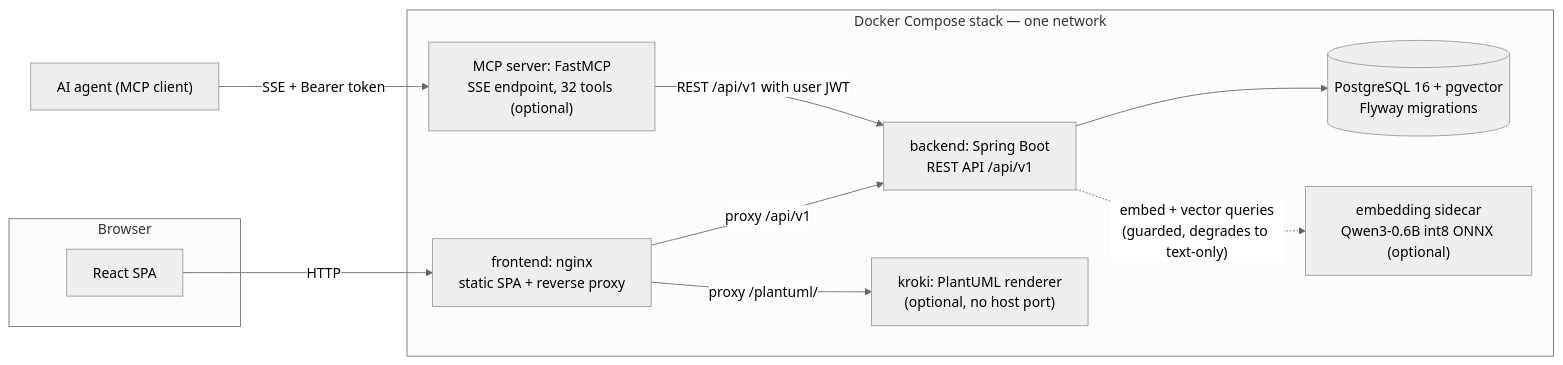
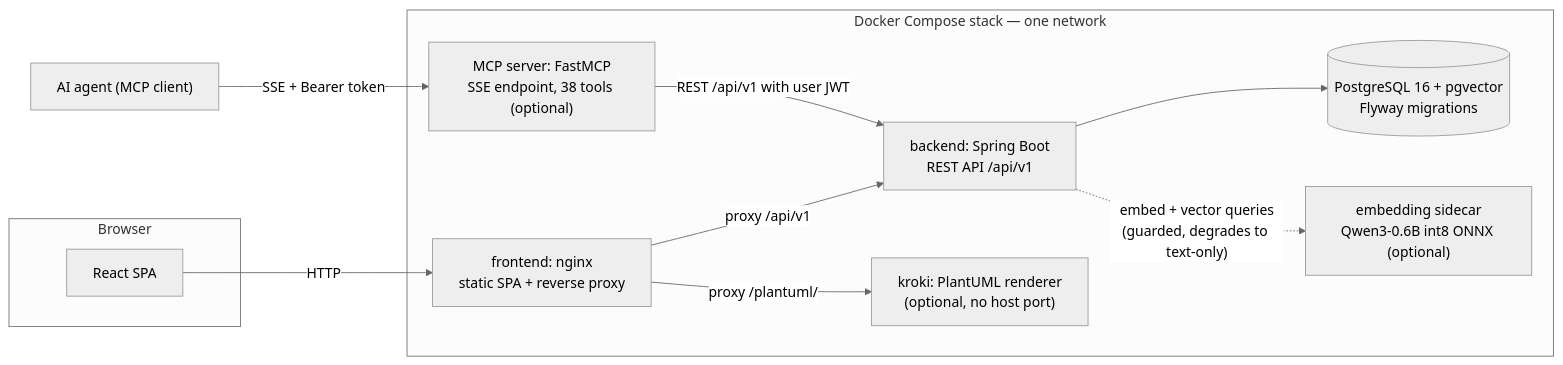
The diagram in README.md (KEEPEE/wiki4ai), drawn with Mermaid (neutral theme) before and after one commit. The commit also changed other lines of this file and 6 other files, not shown here.

````diff
--- a/README.md
+++ b/README.md
@@ -62,25 +84,25 @@
 ```mermaid
 flowchart LR
     subgraph Browser["Browser"]
         UI["React SPA"]
     end
 
     subgraph Stack["Docker Compose stack — one network"]
         NGINX["frontend: nginx<br/>static SPA + reverse proxy"]
         BACKEND["backend: Spring Boot<br/>REST API /api/v1"]
         DB[("PostgreSQL 16 + pgvector<br/>Flyway migrations")]
         EMBED["embedding sidecar<br/>Qwen3-0.6B int8 ONNX (optional)"]
         KROKI["kroki: PlantUML renderer<br/>(optional, no host port)"]
-        MCP["MCP server: FastMCP<br/>SSE endpoint, 32 tools (optional)"]
+        MCP["MCP server: FastMCP<br/>SSE endpoint, 38 tools (optional)"]
     end
 
     AGENT["AI agent (MCP client)"]
 
     UI -->|HTTP| NGINX
     NGINX -->|"proxy /api/v1"| BACKEND
     NGINX -->|"proxy /plantuml/"| KROKI
     BACKEND --> DB
     BACKEND -.->|"embed + vector queries<br/>(guarded, degrades to text-only)"| EMBED
     AGENT -->|"SSE + Bearer token"| MCP
     MCP -->|"REST /api/v1 with user JWT"| BACKEND
 ```
````
